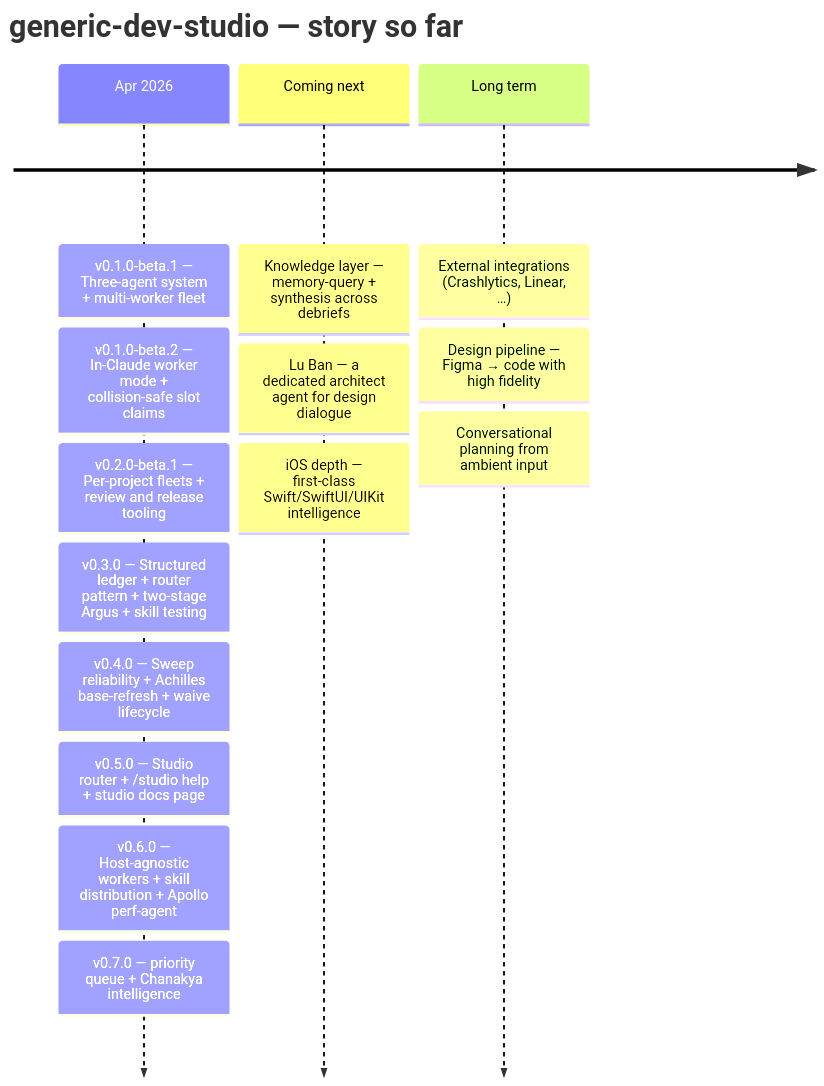
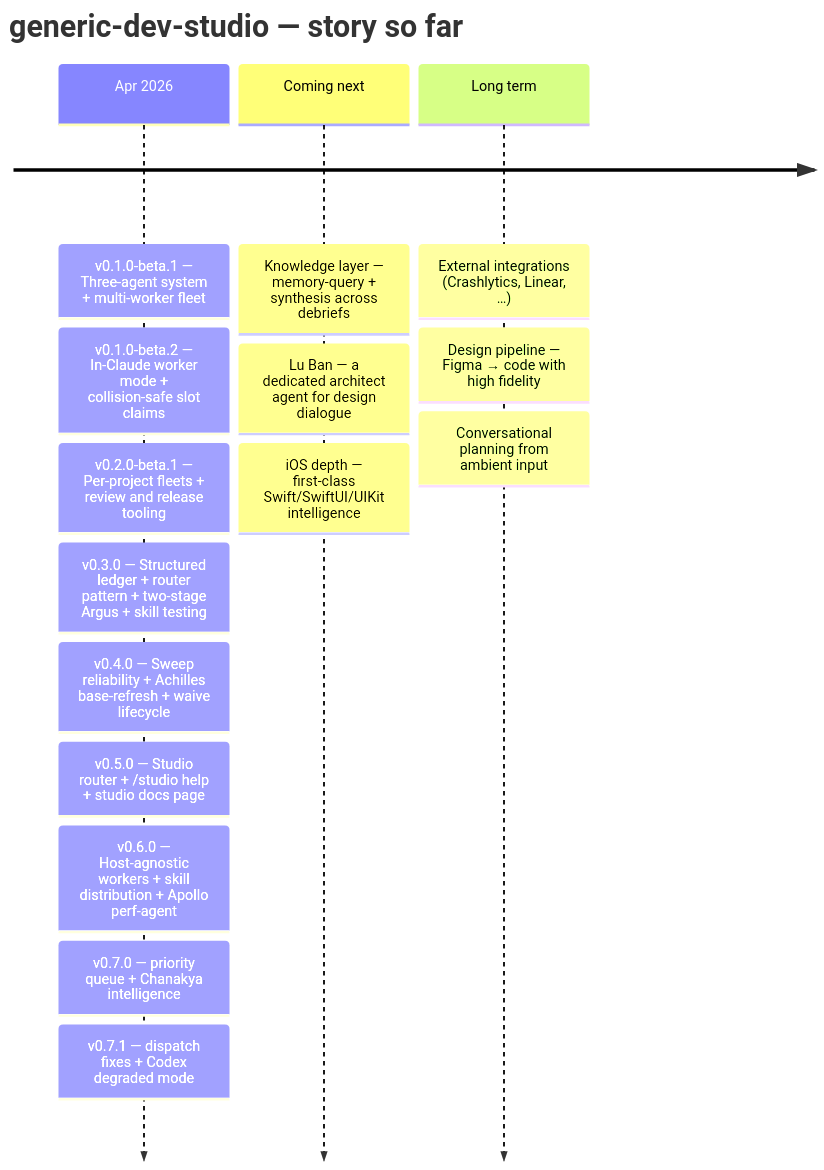
Before and after one commit to v-i-s-h-a-l/generic-dev-studio: the diagram in README.md, drawn with Mermaid. The commit also changed other lines of this file and 2 other files, not shown here.

Commit message:
README: v0.7.1 timeline + Story so far update

````diff
--- a/README.md
+++ b/README.md
@@ -13,18 +13,19 @@
 ```mermaid
 timeline
     title generic-dev-studio — story so far
     Apr 2026 : v0.1.0-beta.1 — Three-agent system + multi-worker fleet
              : v0.1.0-beta.2 — In-Claude worker mode + collision-safe slot claims
              : v0.2.0-beta.1 — Per-project fleets + review and release tooling
              : v0.3.0 — Structured ledger + router pattern + two-stage Argus + skill testing
              : v0.4.0 — Sweep reliability + Achilles base-refresh + waive lifecycle
              : v0.5.0 — Studio router + /studio help + studio docs page
              : v0.6.0 — Host-agnostic workers + skill distribution + Apollo perf-agent
              : v0.7.0 — priority queue + Chanakya intelligence
+             : v0.7.1 — dispatch fixes + Codex degraded mode
     Coming next : Knowledge layer — memory-query + synthesis across debriefs
                 : Lu Ban — a dedicated architect agent for design dialogue
                 : iOS depth — first-class Swift/SwiftUI/UIKit intelligence
     Long term : External integrations (Crashlytics, Linear, …)
               : Design pipeline — Figma → code with high fidelity
               : Conversational planning from ambient input
 ```
````
